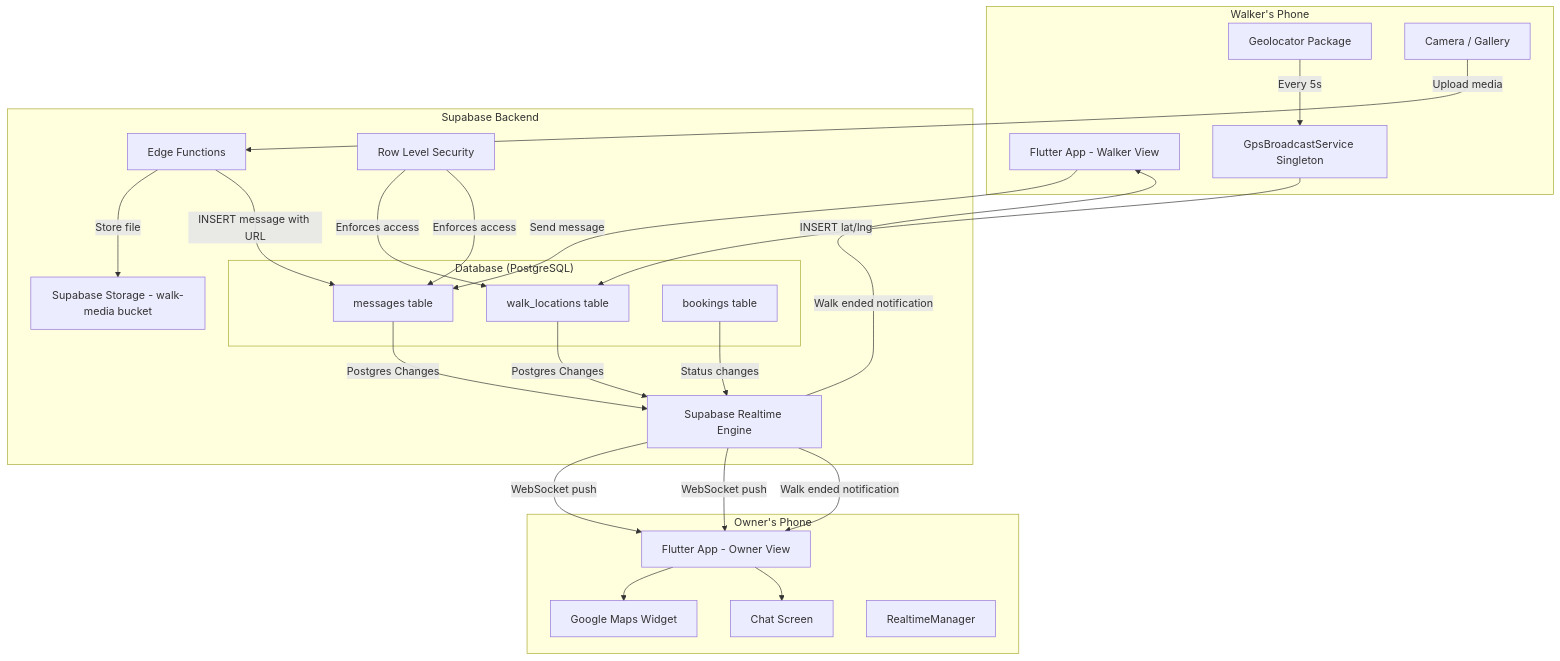
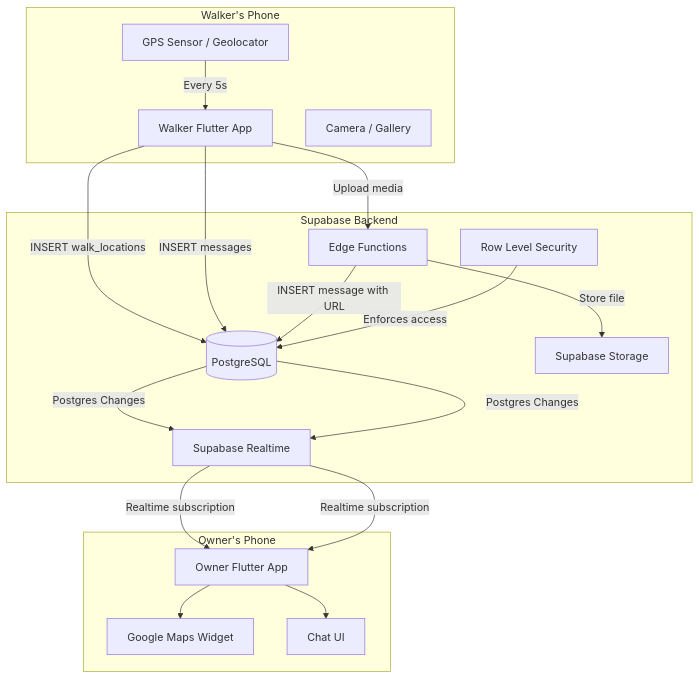
One commit to benzzdan/pawgo_flutter changed the first of 4 diagrams in docs/gps-chat-architecture.md. Above: the diagram before and after it, drawn with Mermaid. The commit also changed other lines of this file, not shown here.

First line of the commit message:
feat: [US-001] - Enhance GPS + chat architecture documentation

````diff
--- a/docs/gps-chat-architecture.md
+++ b/docs/gps-chat-architecture.md
@@ -16,49 +22,38 @@
 ```mermaid
 graph TB
     subgraph "Walker's Phone"
-        WA[Flutter App - Walker View]
-        GPS[Geolocator Package]
+        WA[Walker Flutter App]
+        GPS[GPS Sensor / Geolocator]
         CAM[Camera / Gallery]
-        GBS[GpsBroadcastService Singleton]
     end
 
     subgraph "Supabase Backend"
-        subgraph "Database (PostgreSQL)"
-            WL[walk_locations table]
-            MSG[messages table]
-            BK[bookings table]
-        end
-        RT[Supabase Realtime Engine]
-        ST[Supabase Storage - walk-media bucket]
+        RT[Supabase Realtime]
+        DB[(PostgreSQL)]
+        ST[Supabase Storage]
         EF[Edge Functions]
         RLS[Row Level Security]
     end
 
     subgraph "Owner's Phone"
-        OA[Flutter App - Owner View]
-        GM[Google Maps Widget]
-        CH[Chat Screen]
-        RM[RealtimeManager]
+        OA[Owner Flutter App]
+        MAP[Google Maps Widget]
+        CHAT[Chat UI]
     end
 
-    GPS -->|Every 5s| GBS
-    GBS -->|INSERT lat/lng| WL
-    WL -->|Postgres Changes| RT
-    RT -->|WebSocket push| OA
-    OA --> GM
+    GPS -->|Every 5s| WA
+    WA -->|INSERT walk_locations| DB
+    DB -->|Postgres Changes| RT
+    RT -->|Realtime subscription| OA
+    OA --> MAP
 
-    WA -->|Send message| MSG
-    CAM -->|Upload media| EF
+    WA -->|INSERT messages| DB
+    WA -->|Upload media| EF
     EF -->|Store file| ST
-    EF -->|INSERT message with URL| MSG
-    MSG -->|Postgres Changes| RT
-    RT -->|WebSocket push| OA
-    OA --> CH
+    EF -->|INSERT message with URL| DB
+    DB -->|Postgres Changes| RT
+    RT -->|Realtime subscription| OA
+    OA --> CHAT
 
-    RLS -->|Enforces access| WL
-    RLS -->|Enforces access| MSG
-
-    BK -->|Status changes| RT
-    RT -->|Walk ended notification| OA
-    RT -->|Walk ended notification| WA
+    RLS -->|Enforces access| DB
 ```
````
